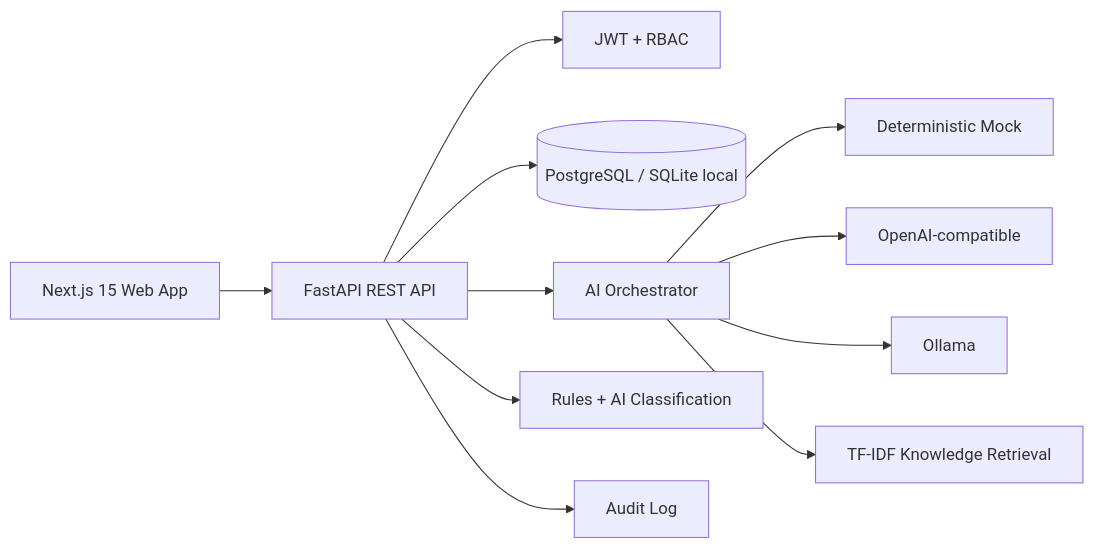
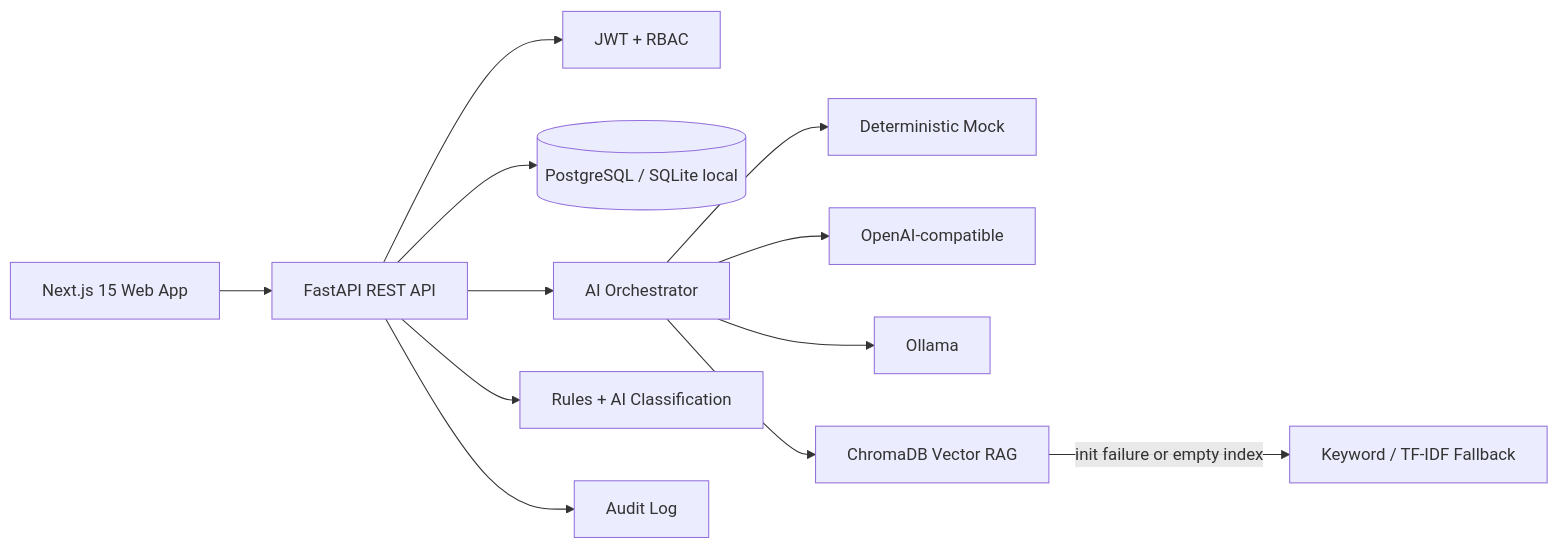
One commit to ANSHIKA1220/JustSync-AI changed the diagram in README.md. Above: the diagram before and after it, drawn with Mermaid. The commit also changed other lines of this file and 8 other files, not shown here.

Commit message:
feat: add semantic vector rag retrieval

````diff
--- a/README.md
+++ b/README.md
@@ -46,13 +46,14 @@
 ```mermaid
 flowchart LR
   Browser["Next.js 15 Web App"] --> API["FastAPI REST API"]
   API --> Auth["JWT + RBAC"]
   API --> DB[("PostgreSQL / SQLite local")]
   API --> AI["AI Orchestrator"]
   AI --> Mock["Deterministic Mock"]
   AI --> OpenAI["OpenAI-compatible"]
   AI --> Ollama["Ollama"]
-  AI --> RAG["TF-IDF Knowledge Retrieval"]
+  AI --> VectorRAG["ChromaDB Vector RAG"]
+  VectorRAG -->|"init failure or empty index"| KeywordFallback["Keyword / TF-IDF Fallback"]
   API --> Routing["Rules + AI Classification"]
   API --> Audit["Audit Log"]
 ```
````
